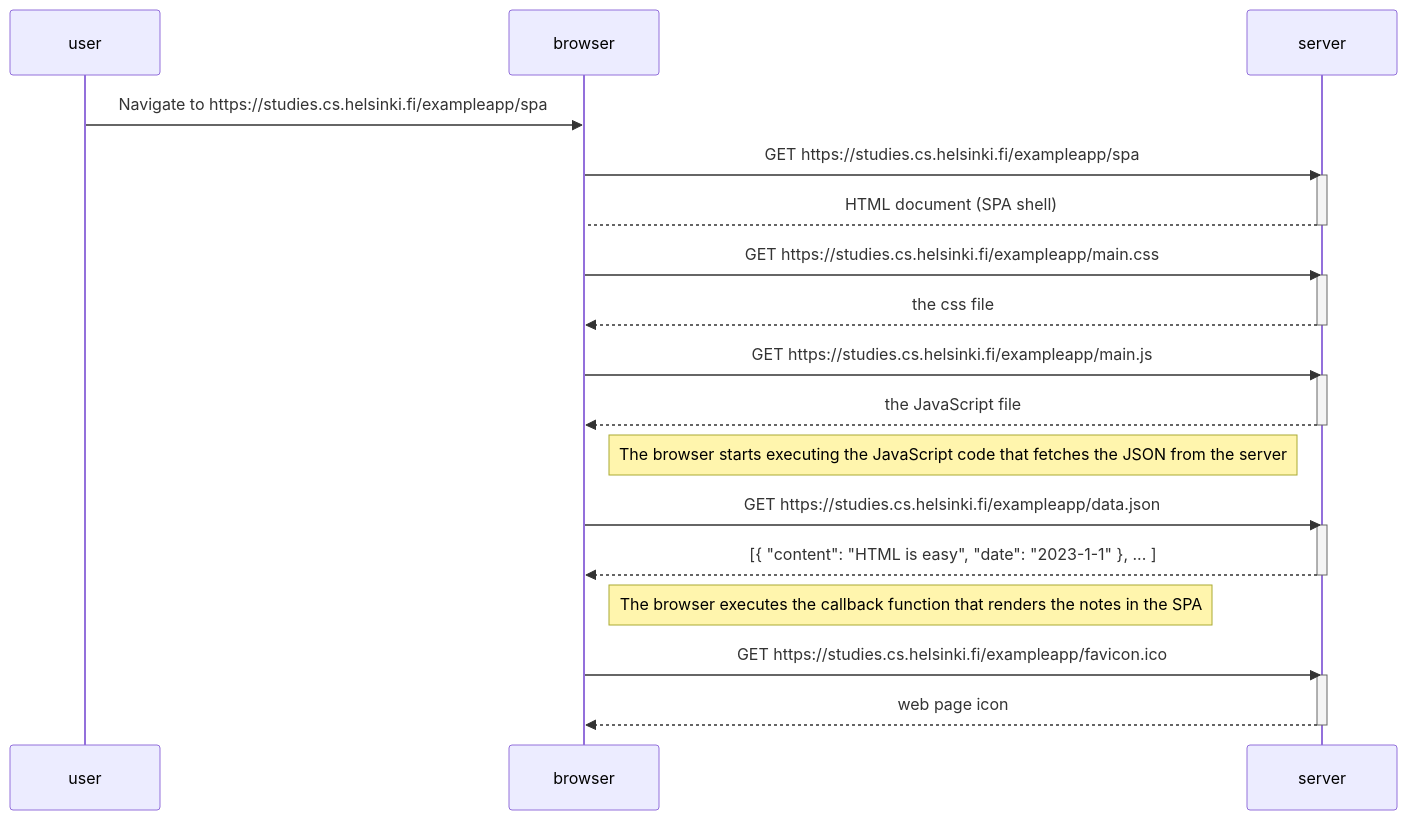
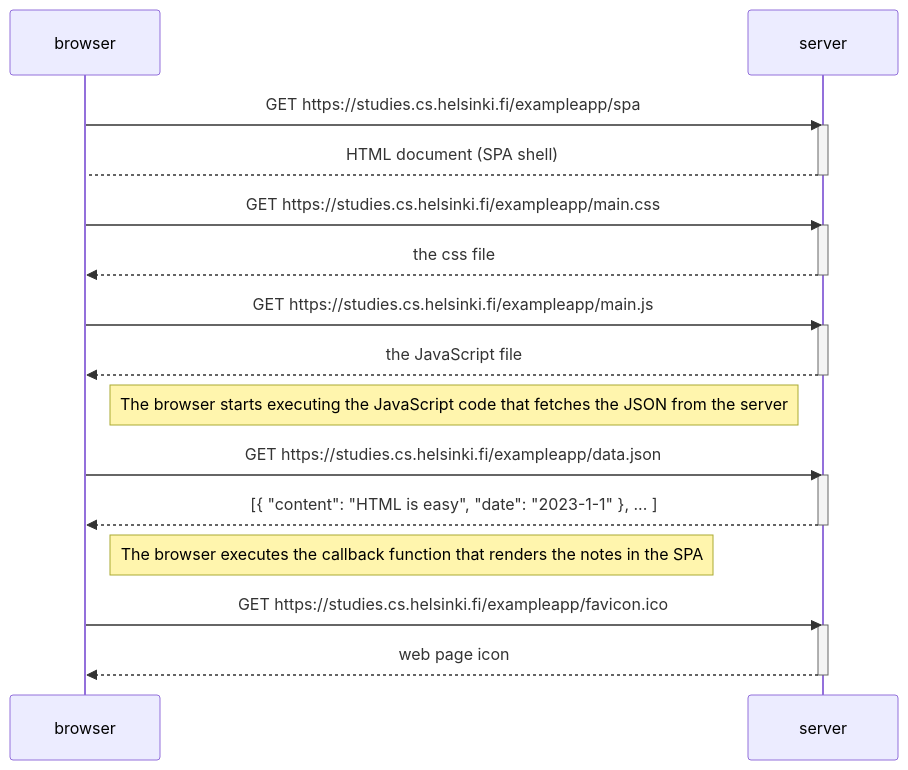
The diagram in Part0/05.md (LukaszZubek/fullstackopen-Zubek-4b), drawn with Mermaid before and after one commit.

Commit message:
Update 05.md
jhgjghjfgjg

````diff
--- a/Part0/05.md
+++ b/Part0/05.md
@@ -1,37 +1,35 @@
 ```mermaid
     sequenceDiagram
-    participant user
     participant browser
     participant server
 
-    user->>browser: Navigate to https://studies.cs.helsinki.fi/exampleapp/spa
     
     browser->>server: GET https://studies.cs.helsinki.fi/exampleapp/spa
     activate server
     server-->browser: HTML document (SPA shell)
     deactivate server
 
     browser->>server: GET https://studies.cs.helsinki.fi/exampleapp/main.css
     activate server
     server-->>browser: the css file
     deactivate server
 
     browser->>server: GET https://studies.cs.helsinki.fi/exampleapp/main.js
     activate server
     server-->>browser: the JavaScript file
     deactivate server
 
     Note right of browser: The browser starts executing the JavaScript code that fetches the JSON from the server
 
     browser->>server: GET https://studies.cs.helsinki.fi/exampleapp/data.json
     activate server
     server-->>browser: [{ "content": "HTML is easy", "date": "2023-1-1" }, ... ]
     deactivate server
 
     Note right of browser: The browser executes the callback function that renders the notes in the SPA
     
     browser->>server: GET https://studies.cs.helsinki.fi/exampleapp/favicon.ico
     activate server
     server-->>browser: web page icon
     deactivate server
 ```
````
